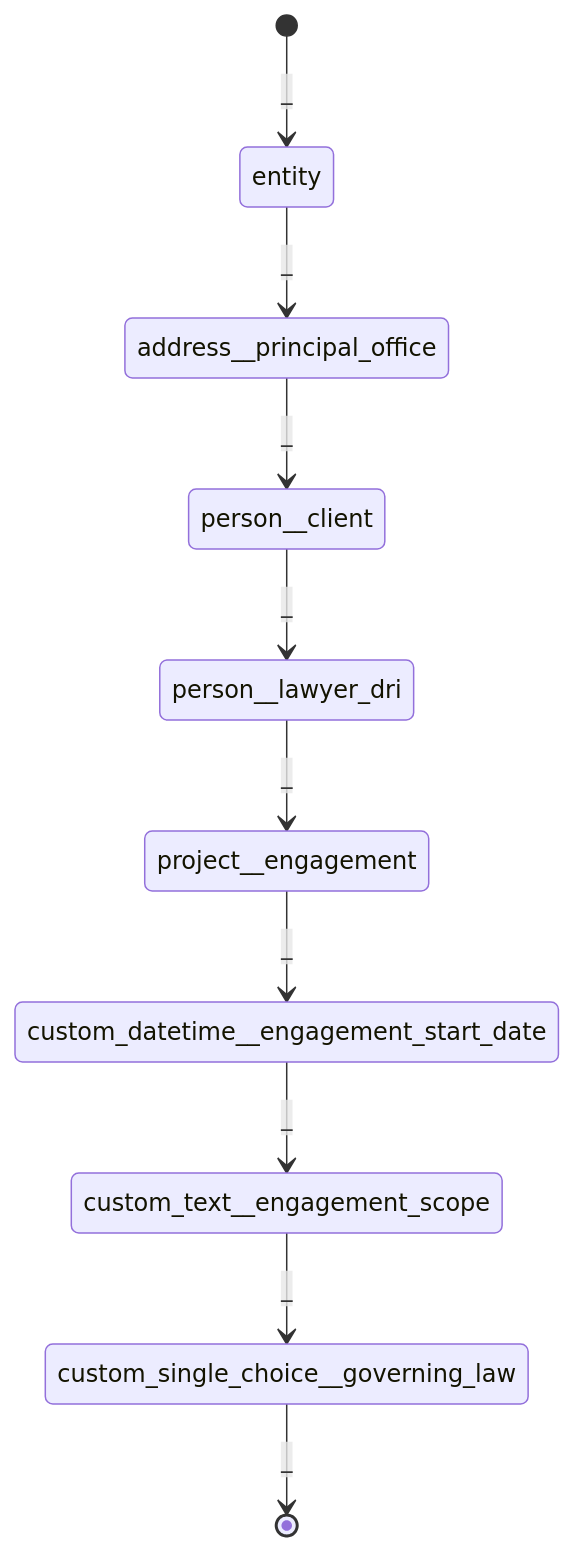
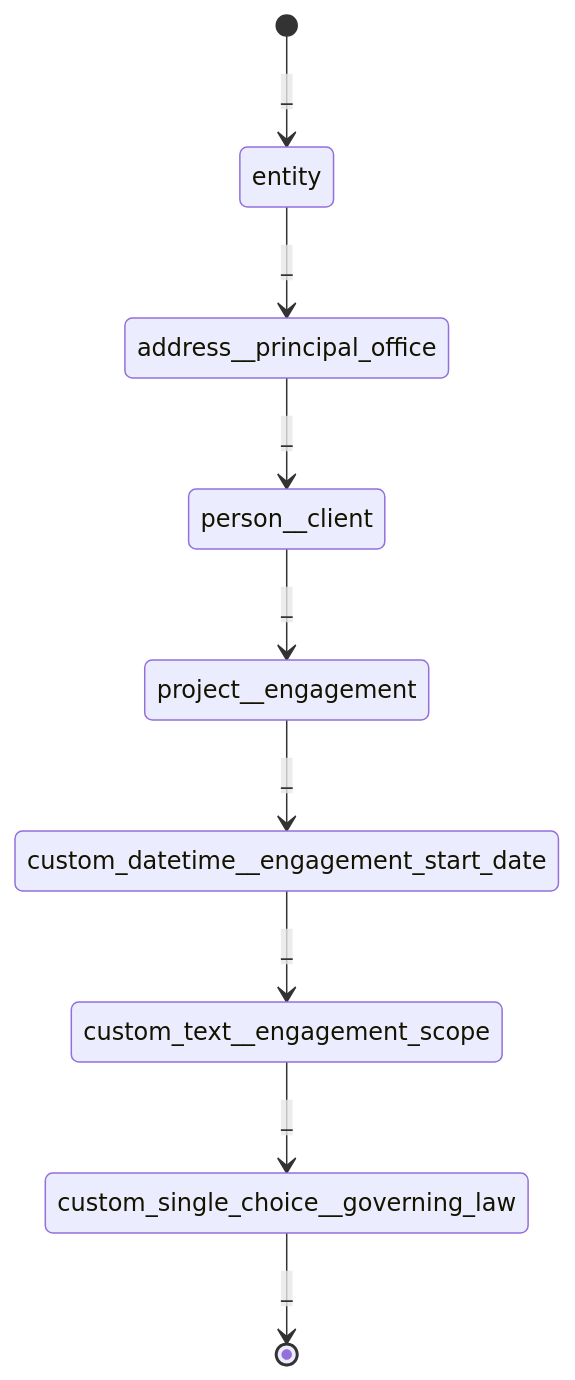
One commit to neon-law-source-code/navigator changed the first of 3 diagrams in docs/retainer_intake.md. Above: the diagram before and after it, drawn with Mermaid. The commit also changed other lines of this file and 33 other files, not shown here.

````diff
--- a/docs/retainer_intake.md
+++ b/docs/retainer_intake.md
@@ -27,12 +27,11 @@
 ```mermaid
 stateDiagram-v2
     [*] --> entity : _
     entity --> address__principal_office : _
     address__principal_office --> person__client : _
-    person__client --> person__lawyer_dri : _
-    person__lawyer_dri --> project__engagement : _
+    person__client --> project__engagement : _
     project__engagement --> custom_datetime__engagement_start_date : _
     custom_datetime__engagement_start_date --> custom_text__engagement_scope : _
     custom_text__engagement_scope --> custom_single_choice__governing_law : _
     custom_single_choice__governing_law --> [*] : _
 ```
````
